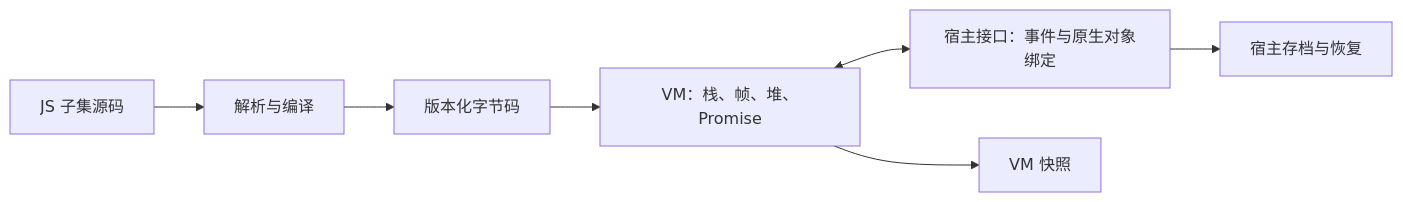
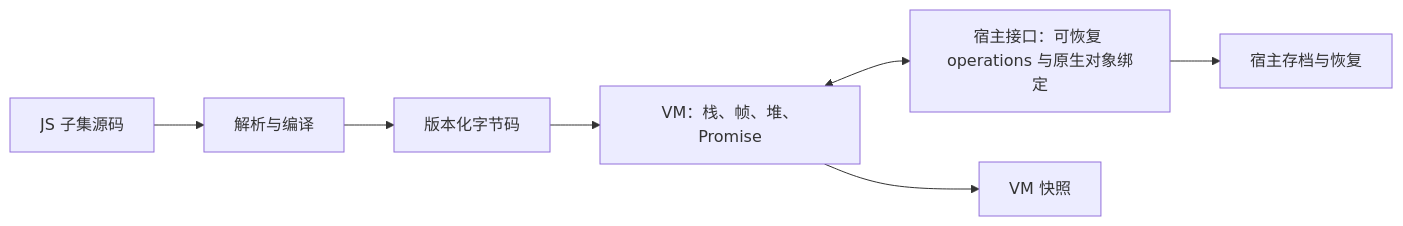
Before and after one commit to codehz/yield-js: the diagram in docs/resumable-js-vm-design.md, drawn with Mermaid. The commit also changed other lines of this file, not shown here.

````diff
--- a/docs/resumable-js-vm-design.md
+++ b/docs/resumable-js-vm-design.md
@@ -21,9 +31,9 @@
 ```mermaid
 flowchart LR
     A[JS 子集源码] --> B[解析与编译]
     B --> C[版本化字节码]
     C --> D[VM：栈、帧、堆、Promise]
-    D <--> E[宿主接口：事件与原生对象绑定]
+    D <--> E[宿主接口：可恢复 operations 与原生对象绑定]
     D --> F[VM 快照]
     E --> G[宿主存档与恢复]
 ```
````
